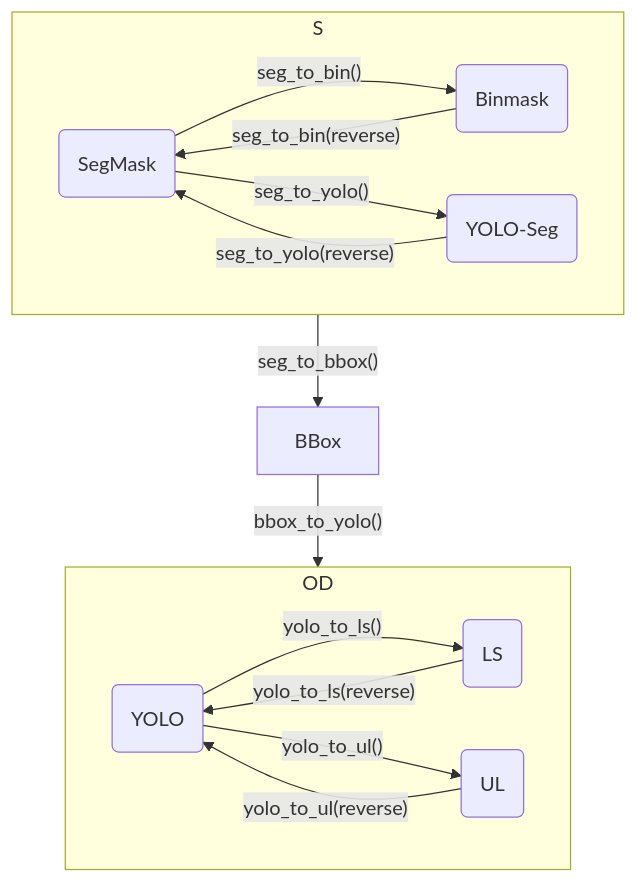
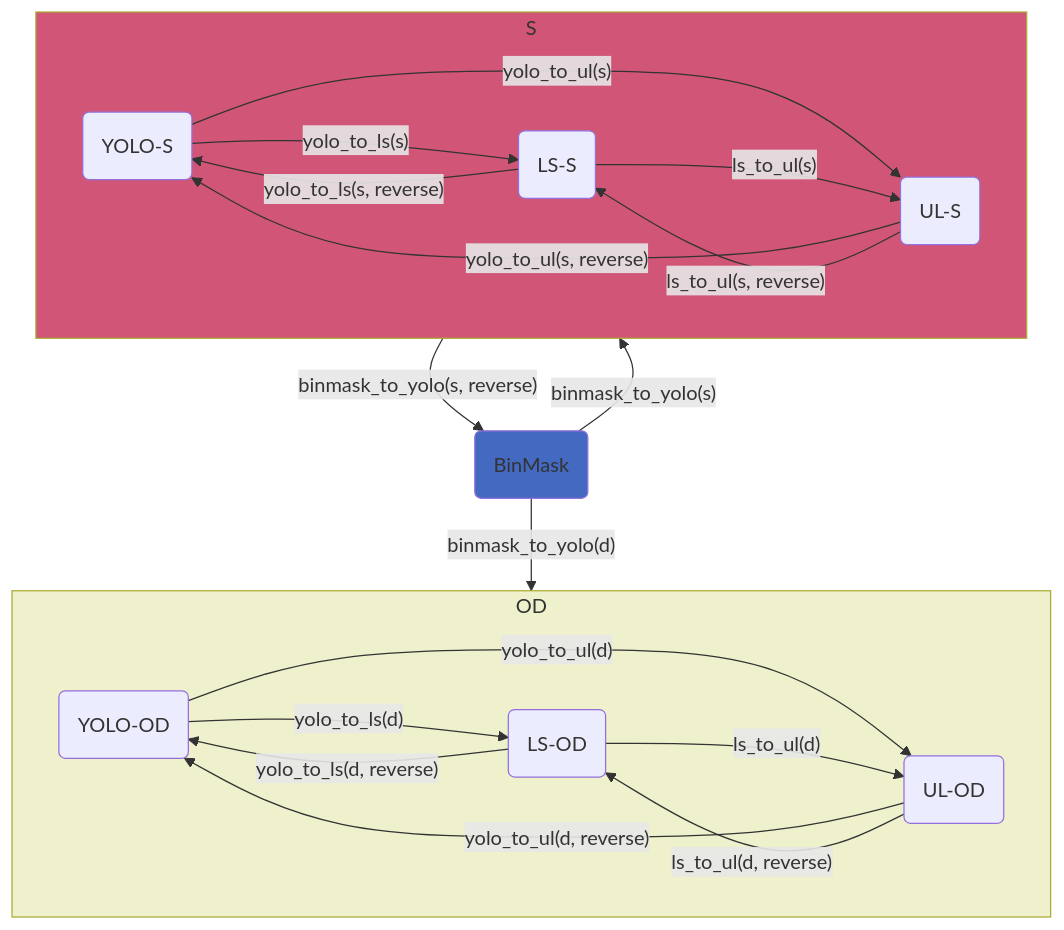
One commit to ispstiima/AgribotTools changed the diagram in README.md. Above: the diagram before and after it, drawn with Mermaid. The commit also changed other lines of this file, not shown here.

````diff
--- a/README.md
+++ b/README.md
@@ -202,19 +192,27 @@
 ```mermaid
 flowchart TB
     subgraph S
         direction LR
-        SM(SegMask) -- seg_to_bin() --> BM(Binmask)
-        BM -- seg_to_bin(reverse) --> SM
-        SM -- seg_to_yolo() --> SY(YOLO-Seg)
-        SY -- seg_to_yolo(reverse) --> SM
+        YOLOS(YOLO-S) -- yolo_to_ls(s) --> LSS(LS-S)
+        LSS -- yolo_to_ls(s, reverse) --> YOLOS
+        YOLOS -- yolo_to_ul(s) --> ULS(UL-S)
+        ULS -- yolo_to_ul(s, reverse) --> YOLOS
+        LSS -- ls_to_ul(s) --> ULS
+        ULS -- ls_to_ul(s, reverse) --> LSS
     end
     subgraph OD
         direction LR
-        YOLO(YOLO) -- yolo_to_ls() --> LS(LS)
-        LS -- yolo_to_ls(reverse) --> YOLO
-        YOLO -- yolo_to_ul() --> UL(UL)
-        UL -- yolo_to_ul(reverse) --> YOLO
+        YOLOD(YOLO-OD) -- yolo_to_ls(d) --> LSD(LS-OD)
+        LSD -- yolo_to_ls(d, reverse) --> YOLOD
+        YOLOD -- yolo_to_ul(d) --> ULD(UL-OD)
+        ULD -- yolo_to_ul(d, reverse) --> YOLOD
+        LSD -- ls_to_ul(d) --> ULD
+        ULD -- ls_to_ul(d, reverse) --> LSD
     end
-    SM -- seg_to_bbox() --> BBox
-    BBox -- bbox_to_yolo() --> YOLO
+    BM(BinMask) -- binmask_to_yolo(s) --> YOLOS
+    BM -- binmask_to_yolo(d) --> YOLOD
+    YOLOS -- binmask_to_yolo(s, reverse) --> BM
+    style BM fill:#03ab
+    style S fill:#b03a
+    style OD fill:#ab03
 ```
````
